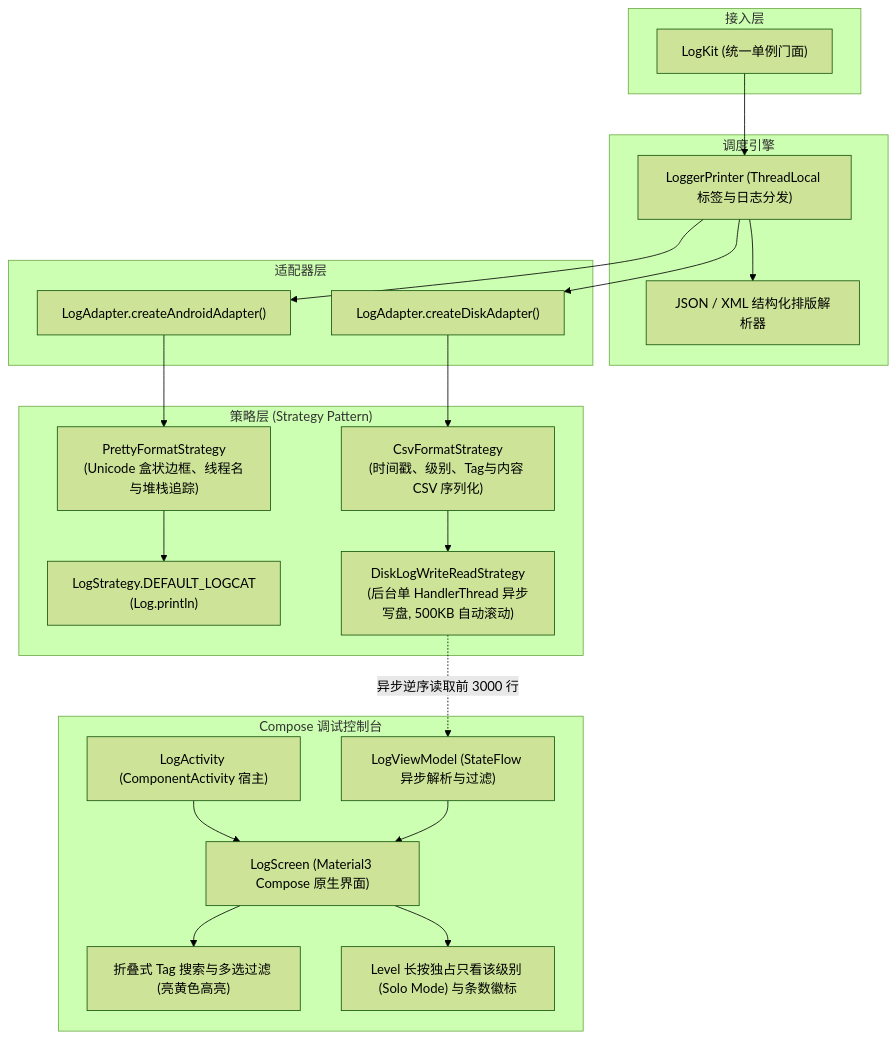
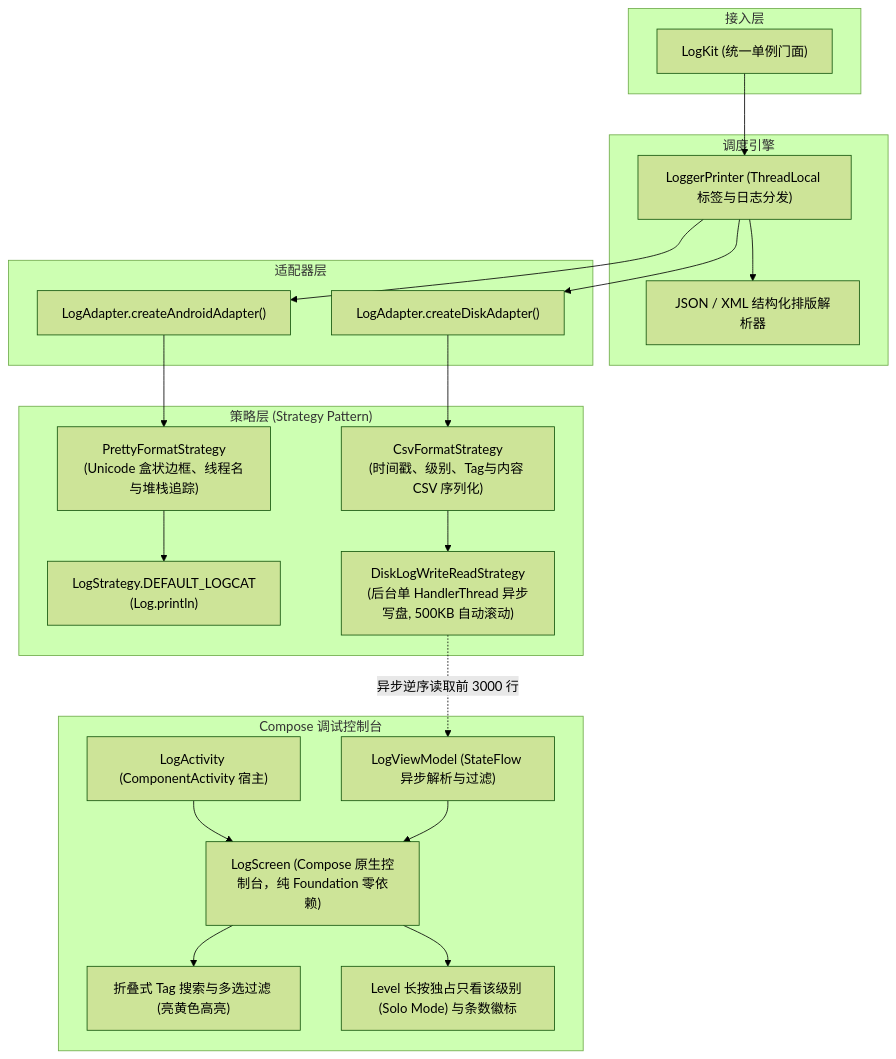
The diagram in README.md (e-hai/LogKit-Android), drawn with Mermaid (forest theme) before and after one commit. The commit also changed other lines of this file and 4 other files, not shown here.

````diff
--- a/README.md
+++ b/README.md
@@ -22,45 +22,45 @@
 ```mermaid
 graph TD
     subgraph App ["接入层"]
         A1["LogKit (统一单例门面)"]
     end
 
     subgraph Core ["调度引擎"]
         B["LoggerPrinter (ThreadLocal 标签与日志分发)"]
         B1["JSON / XML 结构化排版解析器"]
     end
 
     subgraph Adapters ["适配器层"]
         C1["LogAdapter.createAndroidAdapter()"]
         C2["LogAdapter.createDiskAdapter()"]
     end
 
     subgraph Strategies ["策略层 (Strategy Pattern)"]
         D1["PrettyFormatStrategy\n(Unicode 盒状边框、线程名与堆栈追踪)"]
         D2["CsvFormatStrategy\n(时间戳、级别、Tag与内容 CSV 序列化)"]
         E1["LogStrategy.DEFAULT_LOGCAT\n(Log.println)"]
         E2["DiskLogWriteReadStrategy\n(后台单 HandlerThread 异步写盘, 500KB 自动滚动)"]
     end
 
     subgraph UI ["Compose 调试控制台"]
         F1["LogActivity (ComponentActivity 宿主)"]
         F2["LogViewModel (StateFlow 异步解析与过滤)"]
-        F3["LogScreen (Material3 Compose 原生界面)"]
+        F3["LogScreen (Compose 原生控制台，纯 Foundation 零依赖)"]
         F4["折叠式 Tag 搜索与多选过滤 (亮黄色高亮)"]
         F5["Level 长按独占只看该级别 (Solo Mode) 与条数徽标"]
     end
 
     A1 --> B
     B --> B1
     B --> C1
     B --> C2
     C1 --> D1
     C2 --> D2
     D1 --> E1
     D2 --> E2
     E2 -.->|异步逆序读取前 3000 行| F2
     F1 --> F3
     F2 --> F3
     F3 --> F4
     F3 --> F5
 ```
````
